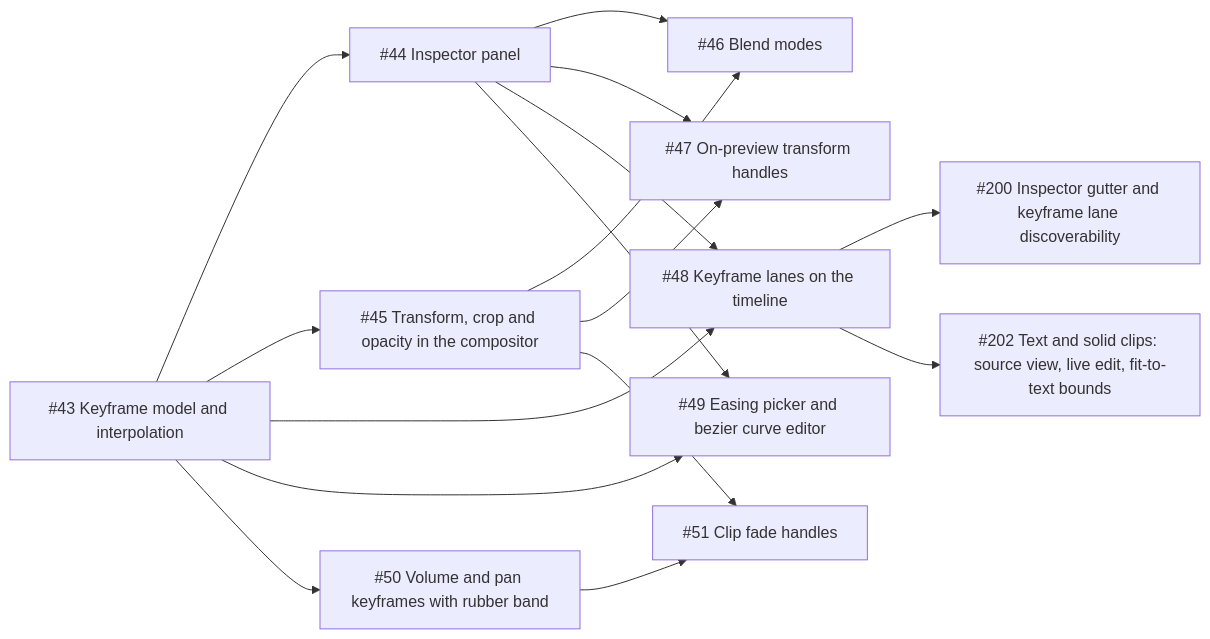
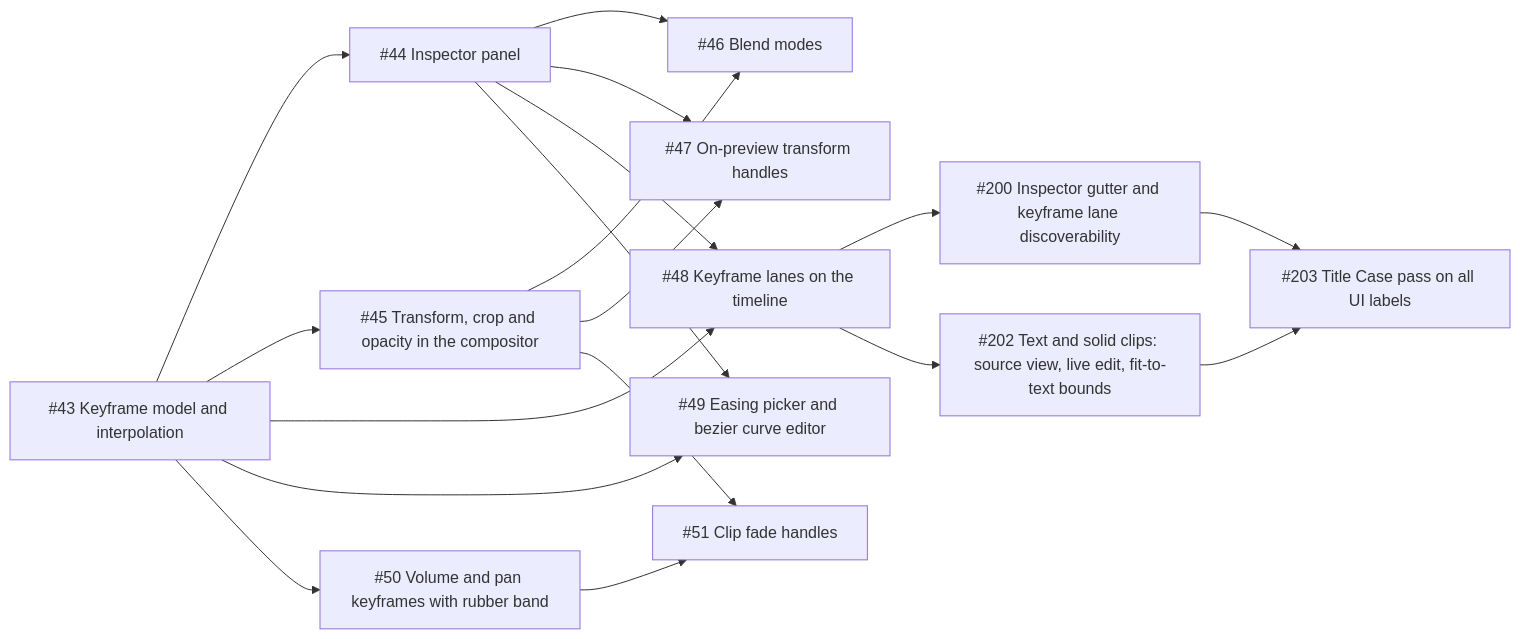
The fourth of 7 diagrams in docs/ROADMAP.md (jarradbanks/jvid), drawn with Mermaid before and after one commit. The commit also changed other lines of this file and 2 other files, not shown here.

Commit message:
Roadmap: title case pass

````diff
--- a/docs/ROADMAP.md
+++ b/docs/ROADMAP.md
@@ -242,29 +242,32 @@
 ```mermaid
 flowchart LR
   keyframes["#35;43 Keyframe model and interpolation"]
   inspector["#35;44 Inspector panel"]
   transform["#35;45 Transform, crop and opacity in the compositor"]
   blend["#35;46 Blend modes"]
   gizmo["#35;47 On-preview transform handles"]
   keyframe_lanes["#35;48 Keyframe lanes on the timeline"]
   easing_ui["#35;49 Easing picker and bezier curve editor"]
   audio_keys["#35;50 Volume and pan keyframes with rubber band"]
   fades["#35;51 Clip fade handles"]
   kf_discover["#35;200 Inspector gutter and keyframe lane discoverability"]
   text_solid_fixes["#35;202 Text and solid clips: source view, live edit, fit-to-text bounds"]
+  title_case["#35;203 Title Case pass on all UI labels"]
   keyframes --> inspector
   keyframes --> transform
   transform --> blend
   inspector --> blend
   transform --> gizmo
   inspector --> gizmo
   keyframes --> keyframe_lanes
   inspector --> keyframe_lanes
   keyframes --> easing_ui
   inspector --> easing_ui
   keyframes --> audio_keys
   audio_keys --> fades
   transform --> fades
   keyframe_lanes --> kf_discover
   keyframe_lanes --> text_solid_fixes
+  text_solid_fixes --> title_case
+  kf_discover --> title_case
 ```
````
